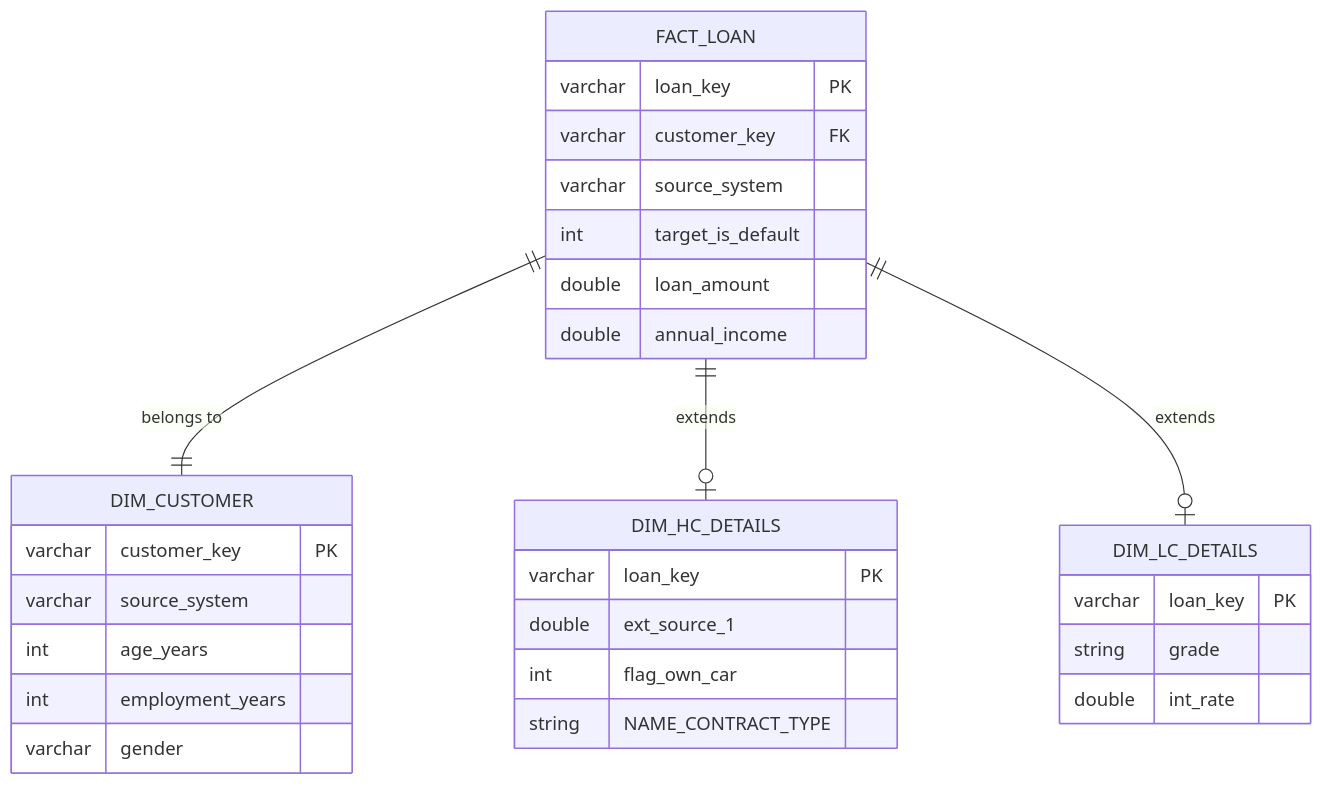
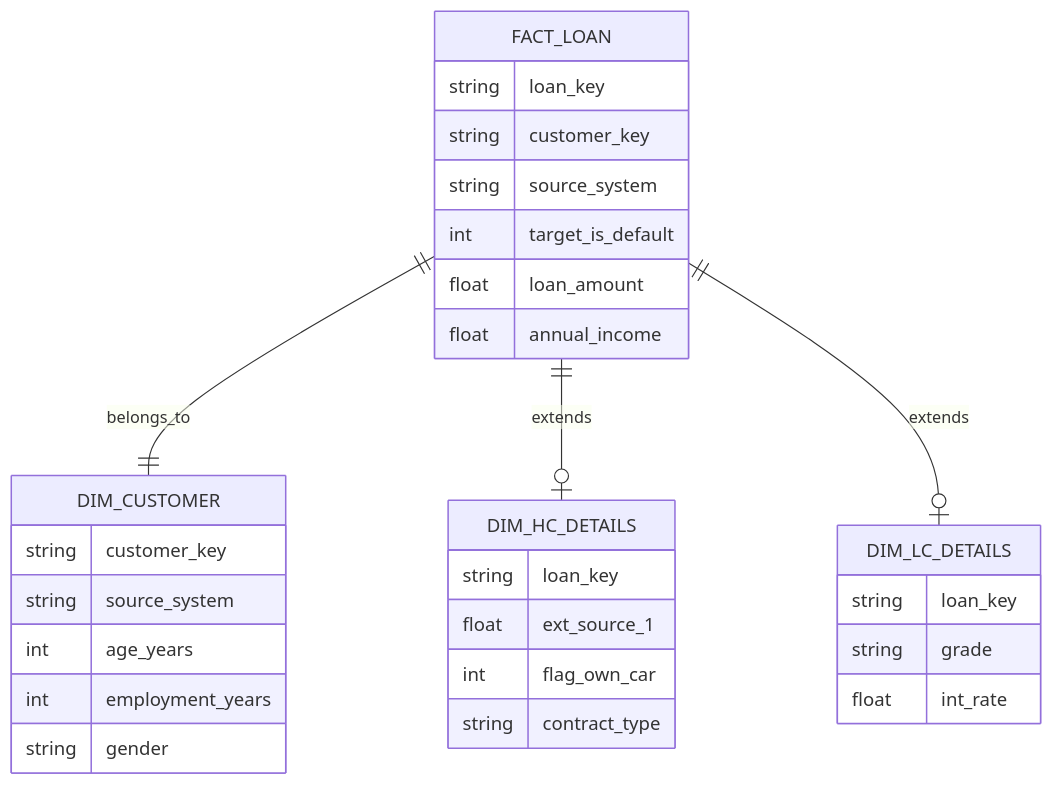
The third of 3 diagrams in docs/expo/pipeline_dag_architecture.md (keppler-data/financial-analytics-keppler), drawn with Mermaid before and after one commit. The commit also changed other lines of this file and 1 other file, not shown here.

````diff
--- a/docs/expo/pipeline_dag_architecture.md
+++ b/docs/expo/pipeline_dag_architecture.md
@@ -94,36 +95,36 @@
 ```mermaid
 erDiagram
     FACT_LOAN {
-        varchar loan_key PK
-        varchar customer_key FK
-        varchar source_system
+        string loan_key
+        string customer_key
+        string source_system
         int target_is_default
-        double loan_amount
-        double annual_income
+        float loan_amount
+        float annual_income
     }
-    
+  
     DIM_CUSTOMER {
-        varchar customer_key PK
-        varchar source_system
+        string customer_key
+        string source_system
         int age_years
         int employment_years
-        varchar gender
+        string gender
     }
-    
+  
     DIM_HC_DETAILS {
-        varchar loan_key PK
-        double ext_source_1
+        string loan_key
+        float ext_source_1
         int flag_own_car
-        string NAME_CONTRACT_TYPE
+        string contract_type
     }
-    
+  
     DIM_LC_DETAILS {
-        varchar loan_key PK
+        string loan_key
         string grade
-        double int_rate
+        float int_rate
     }
-    
-    FACT_LOAN ||--|| DIM_CUSTOMER : "belongs to"
+  
+    FACT_LOAN ||--|| DIM_CUSTOMER : "belongs_to"
     FACT_LOAN ||--o| DIM_HC_DETAILS : "extends"
     FACT_LOAN ||--o| DIM_LC_DETAILS : "extends"
 ```
````
